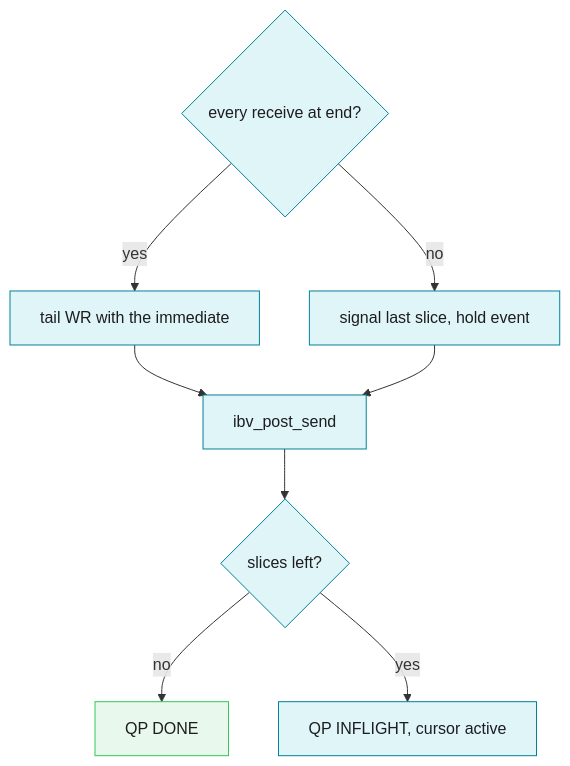
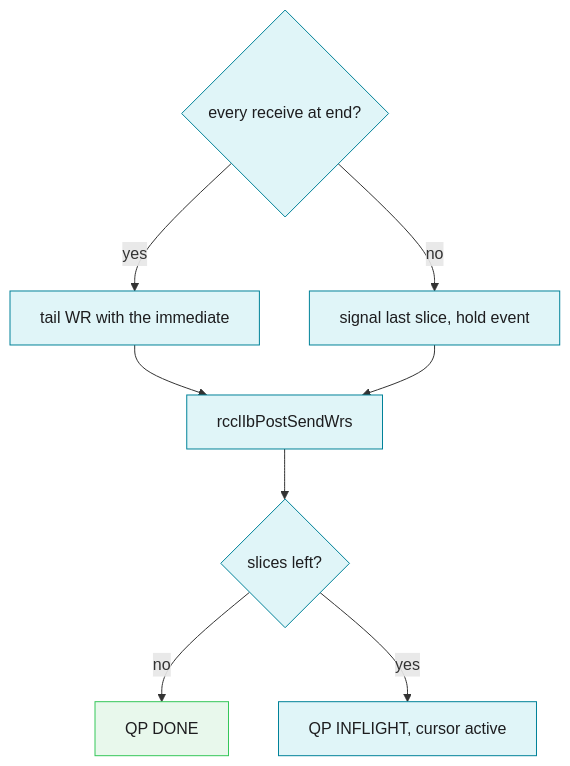
One commit to ROCm/rocm-systems changed diagram 12 of 15 in projects/rccl/docs/design/walkthrough/multi_segment_walkthrough_fork3_p2p.md. Above: the diagram before and after it, drawn with Mermaid. The commit also changed other lines of this file and 14 other files, not shown here.

````diff
--- a/projects/rccl/docs/design/walkthrough/multi_segment_walkthrough_fork3_p2p.md
+++ b/projects/rccl/docs/design/walkthrough/multi_segment_walkthrough_fork3_p2p.md
@@ -342,16 +342,16 @@
 ```mermaid
 %% caption: IbMsegMultiSend ends the post and records the rest in the cursor
 flowchart TD
  last{"every receive at end?"}
  last -->|yes| tail["tail WR with the immediate"]
  last -->|no| sig["signal last slice, hold event"]
- tail --> post["ibv_post_send"]
+ tail --> post["rcclIbPostSendWrs"]
  sig --> post
  post --> st{"slices left?"}
  st -->|no| done["QP DONE"]
  st -->|yes| inf["QP INFLIGHT, cursor active"]
  classDef netib fill:#e0f5f8,stroke:#008299,color:#1d1d1f
  classDef okpath fill:#e8f8ec,stroke:#34c759,color:#1d1d1f
  class last,tail,sig,post,st,inf netib
  class done okpath
 ```
````
